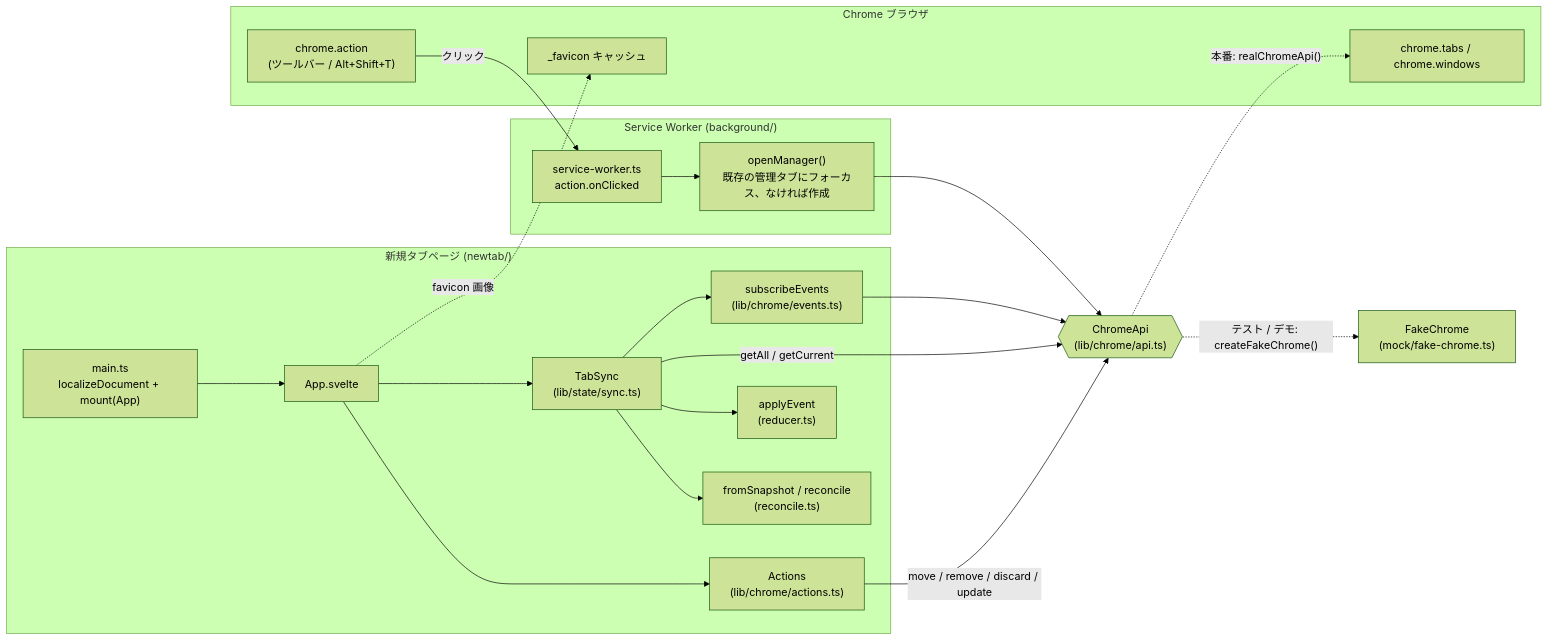
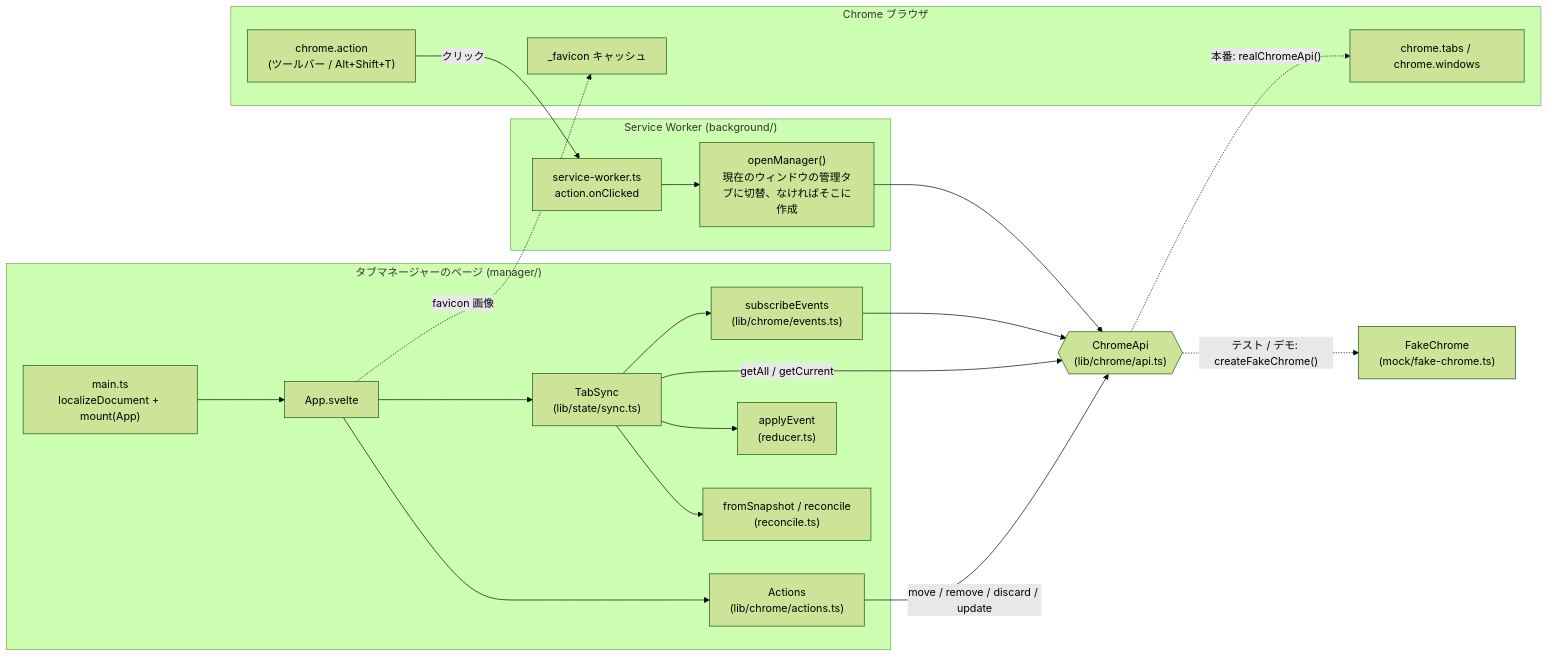
Before and after one commit to urzk/urzk-tab-manager: the first of 9 diagrams in docs/architecture.md, drawn with Mermaid (forest theme). The commit also changed other lines of this file and 12 other files, not shown here.

````diff
--- a/docs/architecture.md
+++ b/docs/architecture.md
@@ -9,32 +9,32 @@
 ```mermaid
 flowchart LR
   subgraph Chrome["Chrome ブラウザ"]
     CT["chrome.tabs / chrome.windows"]
     CA["chrome.action<br/>(ツールバー / Alt+Shift+T)"]
     FC["_favicon キャッシュ"]
   end
 
   subgraph SW["Service Worker (background/)"]
-    SWE["service-worker.ts<br/>action.onClicked"] --> OM["openManager()<br/>既存の管理タブにフォーカス、なければ作成"]
+    SWE["service-worker.ts<br/>action.onClicked"] --> OM["openManager()<br/>現在のウィンドウの管理タブに切替、なければそこに作成"]
   end
 
-  subgraph NT["新規タブページ (newtab/)"]
+  subgraph NT["タブマネージャーのページ (manager/)"]
     MAIN["main.ts<br/>localizeDocument + mount(App)"] --> APP["App.svelte"]
     APP --> SYNC["TabSync<br/>(lib/state/sync.ts)"]
     APP --> ACT["Actions<br/>(lib/chrome/actions.ts)"]
     SYNC --> EV["subscribeEvents<br/>(lib/chrome/events.ts)"]
     SYNC --> RED["applyEvent<br/>(reducer.ts)"]
     SYNC --> REC["fromSnapshot / reconcile<br/>(reconcile.ts)"]
   end
 
   API{{"ChromeApi<br/>(lib/chrome/api.ts)"}}
 
   CA -- クリック --> SWE
   OM --> API
   EV --> API
   SYNC -- "getAll / getCurrent" --> API
   ACT -- "move / remove / discard / update" --> API
   API -. "本番: realChromeApi()" .-> CT
   API -. "テスト / デモ: createFakeChrome()" .-> FAKE["FakeChrome<br/>(mock/fake-chrome.ts)"]
   APP -. "favicon 画像" .-> FC
 ```
````
